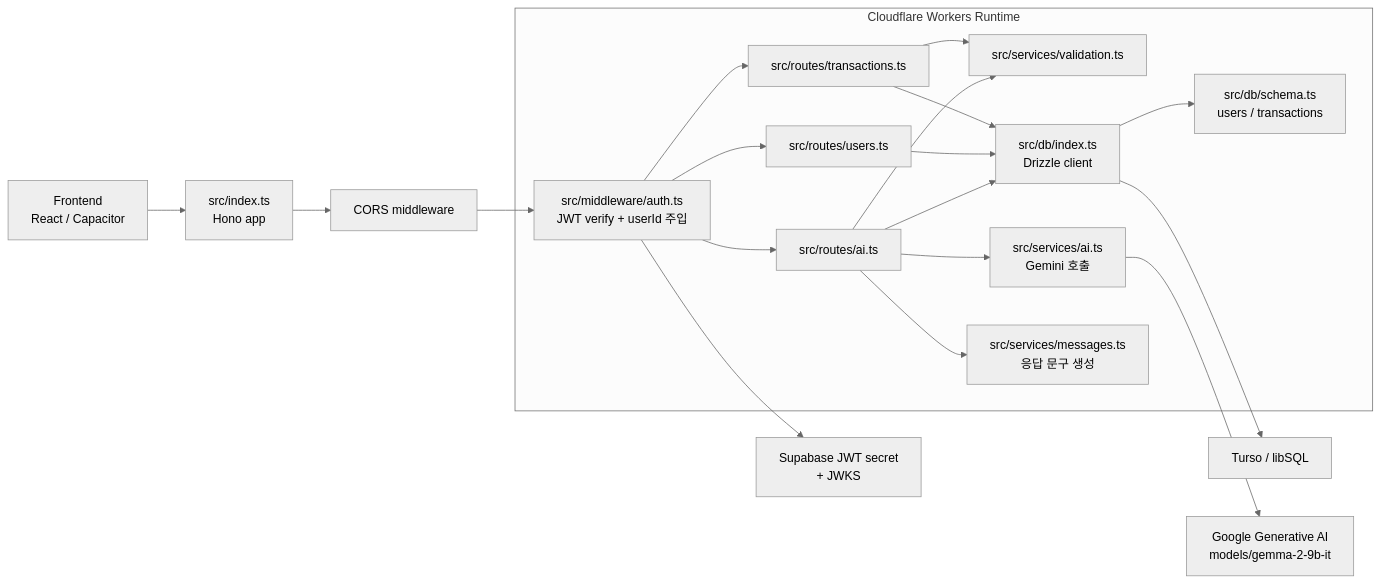
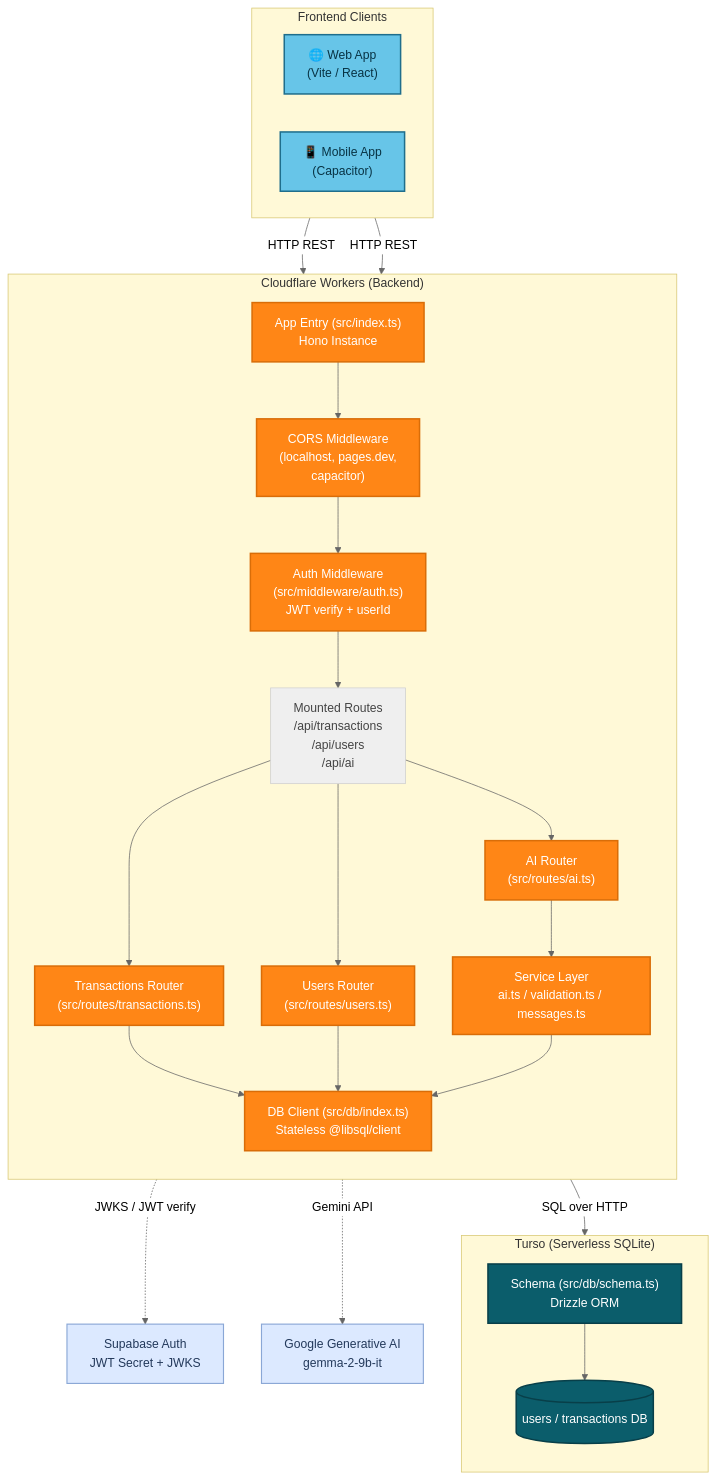
Before and after one commit to newsupernova0617/FastSaaS02_Track01_1: the first of 5 diagrams in docs/backend_architecture.md, drawn with Mermaid (neutral theme).

````diff
--- a/docs/backend_architecture.md
+++ b/docs/backend_architecture.md
@@ -11,28 +11,59 @@
 ```mermaid
-flowchart LR
-    Client["Frontend<br/>React / Capacitor"] --> Entry["src/index.ts<br/>Hono app"]
-    Entry --> Cors["CORS middleware"]
-    Cors --> Auth["src/middleware/auth.ts<br/>JWT verify + userId 주입"]
-
-    subgraph Worker["Cloudflare Workers Runtime"]
-        Auth --> Tx["src/routes/transactions.ts"]
-        Auth --> User["src/routes/users.ts"]
-        Auth --> AI["src/routes/ai.ts"]
-
-        Tx --> Val["src/services/validation.ts"]
-        Tx --> DB["src/db/index.ts<br/>Drizzle client"]
-
-        User --> DB
-
-        AI --> AISvc["src/services/ai.ts<br/>Gemini 호출"]
-        AI --> Val
-        AI --> Msg["src/services/messages.ts<br/>응답 문구 생성"]
-        AI --> DB
-
-        DB --> Schema["src/db/schema.ts<br/>users / transactions"]
+flowchart TD
+    subgraph Clients["Frontend Clients"]
+        direction LR
+        Web["🌐 Web App<br/>(Vite / React)"]
+        Mobile["📱 Mobile App<br/>(Capacitor)"]
     end
 
-    DB --> Turso["Turso / libSQL"]
-    Auth --> Supabase["Supabase JWT secret<br/>+ JWKS"]
-    AISvc --> Gemini["Google Generative AI<br/>models/gemma-2-9b-it"]
+    subgraph Worker["Cloudflare Workers (Backend)"]
+        direction TB
+        App["App Entry (src/index.ts)<br/>Hono Instance"]
+        Cors["CORS Middleware<br/>(localhost, pages.dev,<br/>capacitor)"]
+        Auth["Auth Middleware<br/>(src/middleware/auth.ts)<br/>JWT verify + userId"]
+        RouteMount["Mounted Routes<br/>/api/transactions<br/>/api/users<br/>/api/ai"]
+        Tx["Transactions Router<br/>(src/routes/transactions.ts)"]
+        User["Users Router<br/>(src/routes/users.ts)"]
+        AI["AI Router<br/>(src/routes/ai.ts)"]
+        AISvc["Service Layer<br/>ai.ts / validation.ts / messages.ts"]
+        DBClient["DB Client (src/db/index.ts)<br/>Stateless @libsql/client"]
+
+        App --> Cors --> Auth --> RouteMount
+        RouteMount --> Tx
+        RouteMount --> User
+        RouteMount --> AI
+        AI --> AISvc
+        Tx --> DBClient
+        User --> DBClient
+        AISvc --> DBClient
+    end
+
+    subgraph Data["Turso (Serverless SQLite)"]
+        direction TB
+        Schema["Schema (src/db/schema.ts)<br/>Drizzle ORM"]
+        DB[("users / transactions DB")]
+        Schema --> DB
+    end
+
+    Web -- "HTTP REST" --> App
+    Mobile -- "HTTP REST" --> App
+    DBClient -- "SQL over HTTP" --> DB
+    Auth -. "JWKS / JWT verify" .-> Supabase["Supabase Auth<br/>JWT Secret + JWKS"]
+    AISvc -. "Gemini API" .-> Gemini["Google Generative AI<br/>gemma-2-9b-it"]
+
+    classDef client fill:#67C5E8,stroke:#1F6E8C,stroke-width:2px,color:#083344;
+    classDef workerBox fill:#FF8616,stroke:#D96D08,stroke-width:2px,color:#FFFFFF;
+    classDef note fill:#EFEFEF,stroke:#CFCFCF,stroke-width:1px,color:#444444;
+    classDef dbBox fill:#0B5D6B,stroke:#083F49,stroke-width:2px,color:#FFFFFF;
+    classDef external fill:#DCE9FF,stroke:#8AA7D6,stroke-width:1.5px,color:#23395B;
+
+    class Web,Mobile client;
+    class App,Cors,Auth,Tx,User,AI,AISvc,DBClient workerBox;
+    class RouteMount note;
+    class Schema,DB dbBox;
+    class Supabase,Gemini external;
+
+    style Clients fill:#FFF9D7,stroke:#D8C873,stroke-width:1px,color:#333333
+    style Worker fill:#FFF9D7,stroke:#D8C873,stroke-width:1px,color:#333333
+    style Data fill:#FFF9D7,stroke:#D8C873,stroke-width:1px,color:#333333
 ```
````
